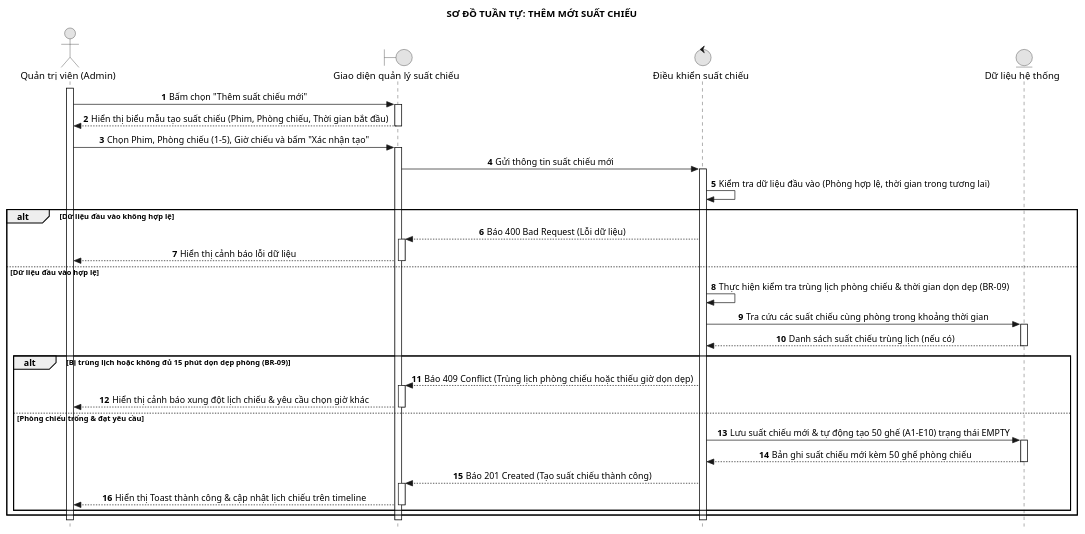
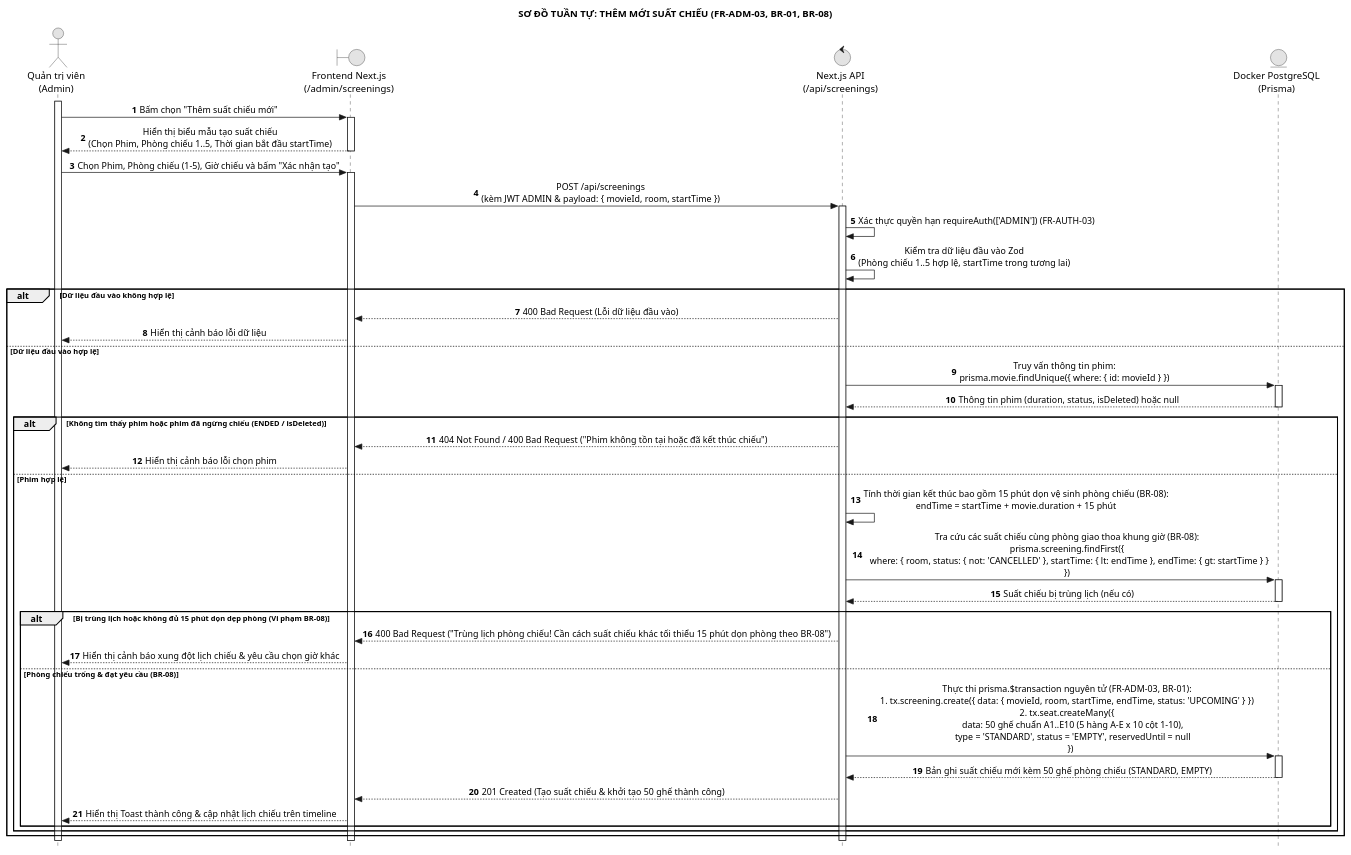
Before and after one commit to MaGiaVy/CinemaLUMI: the diagram in Sequence/35_them_suat_chieu.puml, drawn with PlantUML. The commit also changed 254 other files, not shown here.

Commit message:
feat(docs-uml): upgrade SRS to v2.0 and synchronize all 62 UML diagrams with codebase

```diff
--- a/Sequence/35_them_suat_chieu.puml
+++ b/Sequence/35_them_suat_chieu.puml
@@ -1,58 +1,63 @@
 @startuml 35_them_suat_chieu
 hide footbox
 autonumber
 skinparam style strictuml
 skinparam monochrome true
 skinparam defaultTextAlignment center
 skinparam shadowing false
-title SƠ ĐỒ TUẦN TỰ: THÊM MỚI SUẤT CHIẾU
+title SƠ ĐỒ TUẦN TỰ: THÊM MỚI SUẤT CHIẾU (FR-ADM-03, BR-01, BR-08)
 
-actor "Quản trị viên (Admin)" as A
-boundary "Giao diện quản lý suất chiếu" as UI
-control "Điều khiển suất chiếu" as C
-entity "Dữ liệu hệ thống" as DB
+actor "Quản trị viên\n(Admin)" as A
+boundary "Frontend Next.js\n(/admin/screenings)" as UI
+control "Next.js API\n(/api/screenings)" as C
+entity "Docker PostgreSQL\n(Prisma)" as DB
 
 activate A
 A -> UI: Bấm chọn "Thêm suất chiếu mới"
 activate UI
-UI --> A: Hiển thị biểu mẫu tạo suất chiếu (Phim, Phòng chiếu, Thời gian bắt đầu)
+UI --> A: Hiển thị biểu mẫu tạo suất chiếu\n(Chọn Phim, Phòng chiếu 1..5, Thời gian bắt đầu startTime)
 deactivate UI
 
 A -> UI: Chọn Phim, Phòng chiếu (1-5), Giờ chiếu và bấm "Xác nhận tạo"
 activate UI
-UI -> C: Gửi thông tin suất chiếu mới
+UI -> C: POST /api/screenings\n(kèm JWT ADMIN & payload: { movieId, room, startTime })
 activate C
-C -> C: Kiểm tra dữ liệu đầu vào (Phòng hợp lệ, thời gian trong tương lai)
+C -> C: Xác thực quyền hạn requireAuth(['ADMIN']) (FR-AUTH-03)
+C -> C: Kiểm tra dữ liệu đầu vào Zod\n(Phòng chiếu 1..5 hợp lệ, startTime trong tương lai)
 
 alt Dữ liệu đầu vào không hợp lệ
-    C --> UI: Báo 400 Bad Request (Lỗi dữ liệu)
-    activate UI
+    C --> UI: 400 Bad Request (Lỗi dữ liệu đầu vào)
     UI --> A: Hiển thị cảnh báo lỗi dữ liệu
-    deactivate UI
 else Dữ liệu đầu vào hợp lệ
-    C -> C: Thực hiện kiểm tra trùng lịch phòng chiếu & thời gian dọn dẹp (BR-09)
-    C -> DB: Tra cứu các suất chiếu cùng phòng trong khoảng thời gian
+    C -> DB: Truy vấn thông tin phim:\nprisma.movie.findUnique({ where: { id: movieId } })
     activate DB
-    DB --> C: Danh sách suất chiếu trùng lịch (nếu có)
+    DB --> C: Thông tin phim (duration, status, isDeleted) hoặc null
     deactivate DB
-    
-    alt Bị trùng lịch hoặc không đủ 15 phút dọn dẹp phòng (BR-09)
-        C --> UI: Báo 409 Conflict (Trùng lịch phòng chiếu hoặc thiếu giờ dọn dẹp)
-        activate UI
-        UI --> A: Hiển thị cảnh báo xung đột lịch chiếu & yêu cầu chọn giờ khác
-        deactivate UI
-    else Phòng chiếu trống & đạt yêu cầu
-        C -> DB: Lưu suất chiếu mới & tự động tạo 50 ghế (A1-E10) trạng thái EMPTY
+
+    alt Không tìm thấy phim hoặc phim đã ngừng chiếu (ENDED / isDeleted)
+        C --> UI: 404 Not Found / 400 Bad Request ("Phim không tồn tại hoặc đã kết thúc chiếu")
+        UI --> A: Hiển thị cảnh báo lỗi chọn phim
+    else Phim hợp lệ
+        C -> C: Tính thời gian kết thúc bao gồm 15 phút dọn vệ sinh phòng chiếu (BR-08):\nendTime = startTime + movie.duration + 15 phút
+        C -> DB: Tra cứu các suất chiếu cùng phòng giao thoa khung giờ (BR-08):\nprisma.screening.findFirst({\n  where: { room, status: { not: 'CANCELLED' }, startTime: { lt: endTime }, endTime: { gt: startTime } }\n})
         activate DB
-        DB --> C: Bản ghi suất chiếu mới kèm 50 ghế phòng chiếu
+        DB --> C: Suất chiếu bị trùng lịch (nếu có)
         deactivate DB
-        C --> UI: Báo 201 Created (Tạo suất chiếu thành công)
-        activate UI
-        UI --> A: Hiển thị Toast thành công & cập nhật lịch chiếu trên timeline
-        deactivate UI
+        
+        alt Bị trùng lịch hoặc không đủ 15 phút dọn dẹp phòng (Vi phạm BR-08)
+            C --> UI: 400 Bad Request ("Trùng lịch phòng chiếu! Cần cách suất chiếu khác tối thiểu 15 phút dọn phòng theo BR-08")
+            UI --> A: Hiển thị cảnh báo xung đột lịch chiếu & yêu cầu chọn giờ khác
+        else Phòng chiếu trống & đạt yêu cầu (BR-08)
+            C -> DB: Thực thi prisma.$transaction nguyên tử (FR-ADM-03, BR-01):\n1. tx.screening.create({ data: { movieId, room, startTime, endTime, status: 'UPCOMING' } })\n2. tx.seat.createMany({\n     data: 50 ghế chuẩn A1..E10 (5 hàng A-E x 10 cột 1-10),\n     type = 'STANDARD', status = 'EMPTY', reservedUntil = null\n   })
+            activate DB
+            DB --> C: Bản ghi suất chiếu mới kèm 50 ghế phòng chiếu (STANDARD, EMPTY)
+            deactivate DB
+            C --> UI: 201 Created (Tạo suất chiếu & khởi tạo 50 ghế thành công)
+            UI --> A: Hiển thị Toast thành công & cập nhật lịch chiếu trên timeline
+        end
     end
 end
 deactivate C
 deactivate UI
 deactivate A
 @enduml
```
